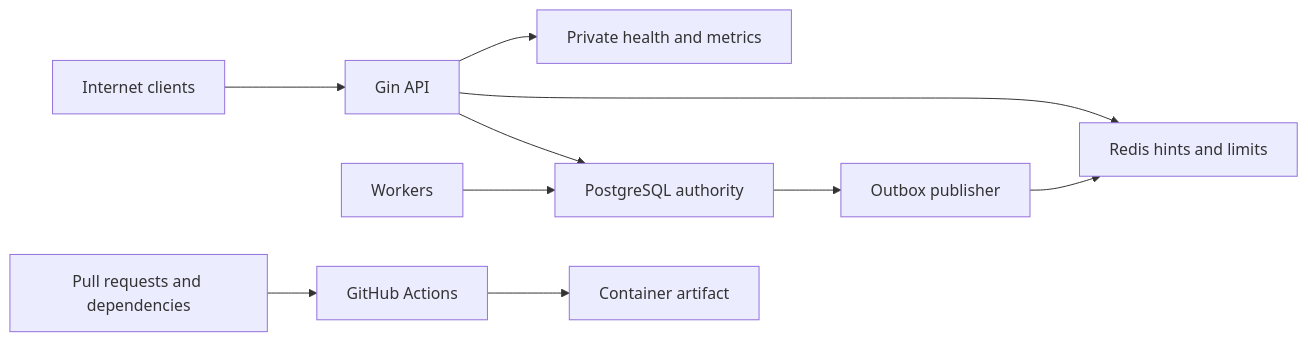
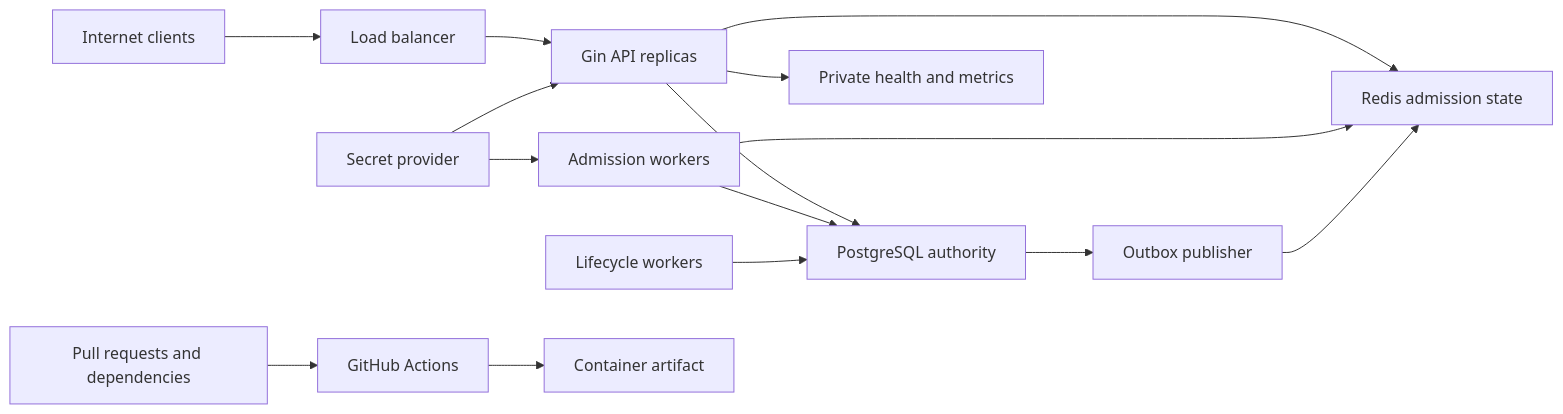
One commit to Neura-Shadow/Scalable-Railway-Ticketing-Platform changed the diagram in docs/security-threat-model.md. Above: the diagram before and after it, drawn with Mermaid. The commit also changed other lines of this file and 9 other files, not shown here.

Commit message:
docs: record hot-train admission architecture

````diff
--- a/docs/security-threat-model.md
+++ b/docs/security-threat-model.md
@@ -46,12 +51,17 @@
 ```mermaid
 flowchart LR
-    U["Internet clients"] --> A["Gin API"]
+    U["Internet clients"] --> L["Load balancer"]
+    L --> A["Gin API replicas"]
     A --> P["PostgreSQL authority"]
-    A --> R["Redis hints and limits"]
-    W["Workers"] --> P
+    A --> R["Redis admission state"]
+    K["Secret provider"] --> A
+    K --> W["Admission workers"]
+    W --> P
+    W --> R
+    X["Lifecycle workers"] --> P
     P --> O["Outbox publisher"]
     O --> R
     A --> M["Private health and metrics"]
     C["Pull requests and dependencies"] --> CI["GitHub Actions"]
     CI --> I["Container artifact"]
 ```
````
